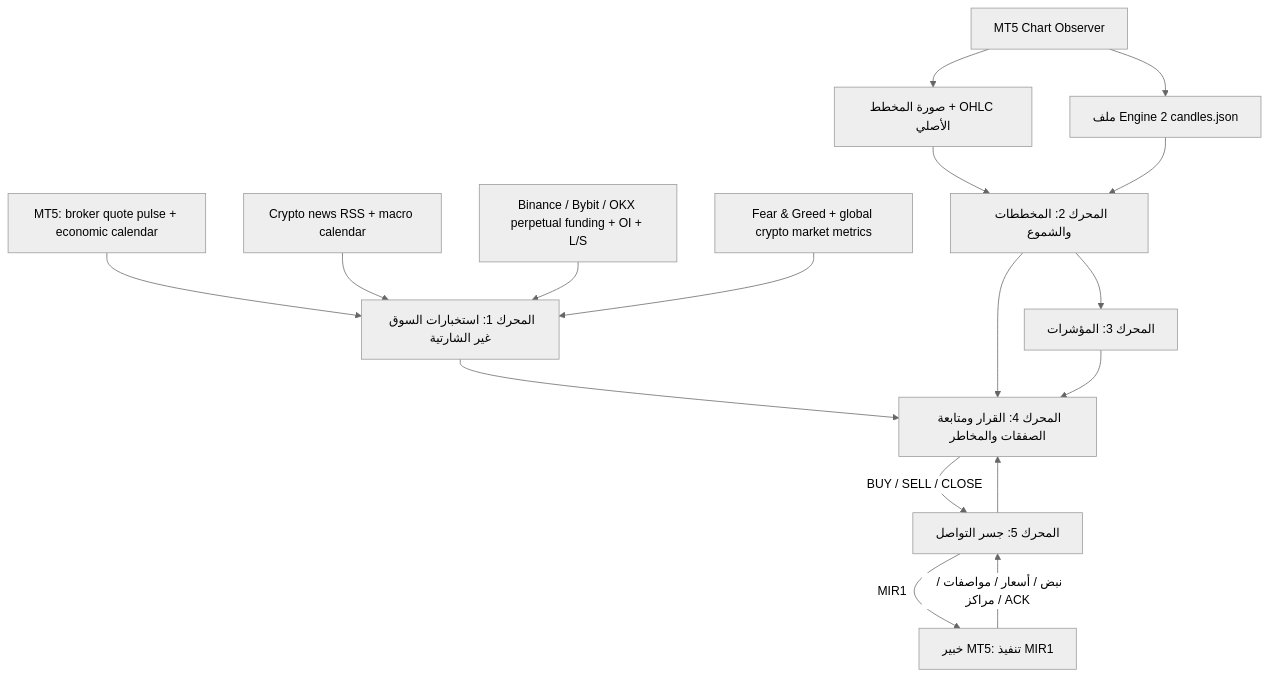
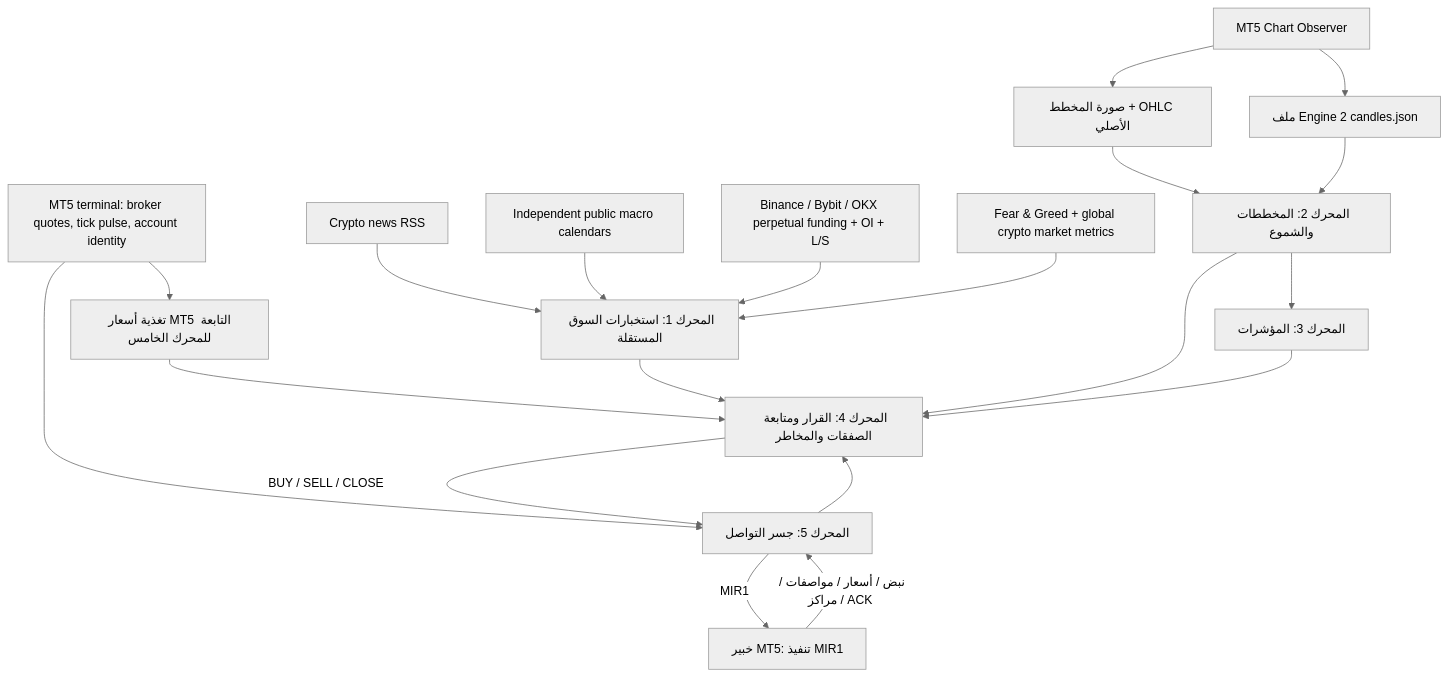
Before and after one commit to staryuzar/-: the diagram in Mirsad_BTC/ARCHITECTURE_AR.md, drawn with Mermaid (neutral theme). The commit also changed other lines of this file, not shown here.

Commit message:
Correct engine ownership and independent data-flow documentation

````diff
--- a/Mirsad_BTC/ARCHITECTURE_AR.md
+++ b/Mirsad_BTC/ARCHITECTURE_AR.md
@@ -7,32 +7,37 @@
 ```mermaid
 flowchart TB
-  MT5["MT5: broker quote pulse + economic calendar"]
-  RSS["Crypto news RSS + macro calendar"]
+  MT5["MT5 terminal: broker quotes, tick pulse, account identity"]
+  RSS["Crypto news RSS"]
+  CAL["Independent public macro calendars"]
   DERIV["Binance / Bybit / OKX perpetual funding + OI + L/S"]
   SENT["Fear & Greed + global crypto market metrics"]
-  M1["المحرك 1: استخبارات السوق غير الشارتية"]
+  M1["المحرك 1: استخبارات السوق المستقلة"]
   OBS["MT5 Chart Observer"]
   IMG["صورة المخطط + OHLC الأصلي"]
   CANDLES["ملف Engine 2 candles.json"]
   M2["المحرك 2: المخططات والشموع"]
   M3["المحرك 3: المؤشرات"]
   D["المحرك 4: القرار ومتابعة الصفقات والمخاطر"]
+  Q5["تغذية أسعار MT5 التابعة للمحرك الخامس"]
   B["المحرك 5: جسر التواصل"]
   EA["خبير MT5: تنفيذ MIR1"]
-  MT5 --> M1
   RSS --> M1
+  CAL --> M1
   DERIV --> M1
   SENT --> M1
+  MT5 --> Q5
+  Q5 --> D
+  MT5 --> B
   OBS --> IMG
   OBS --> CANDLES
   IMG --> M2
   CANDLES --> M2
   M2 --> M3
   M1 --> D
   M2 --> D
   M3 --> D
   D -->|BUY / SELL / CLOSE| B
   B -->|MIR1| EA
   EA -->|نبض / أسعار / مواصفات / مراكز / ACK| B
   B --> D
 ```
````
